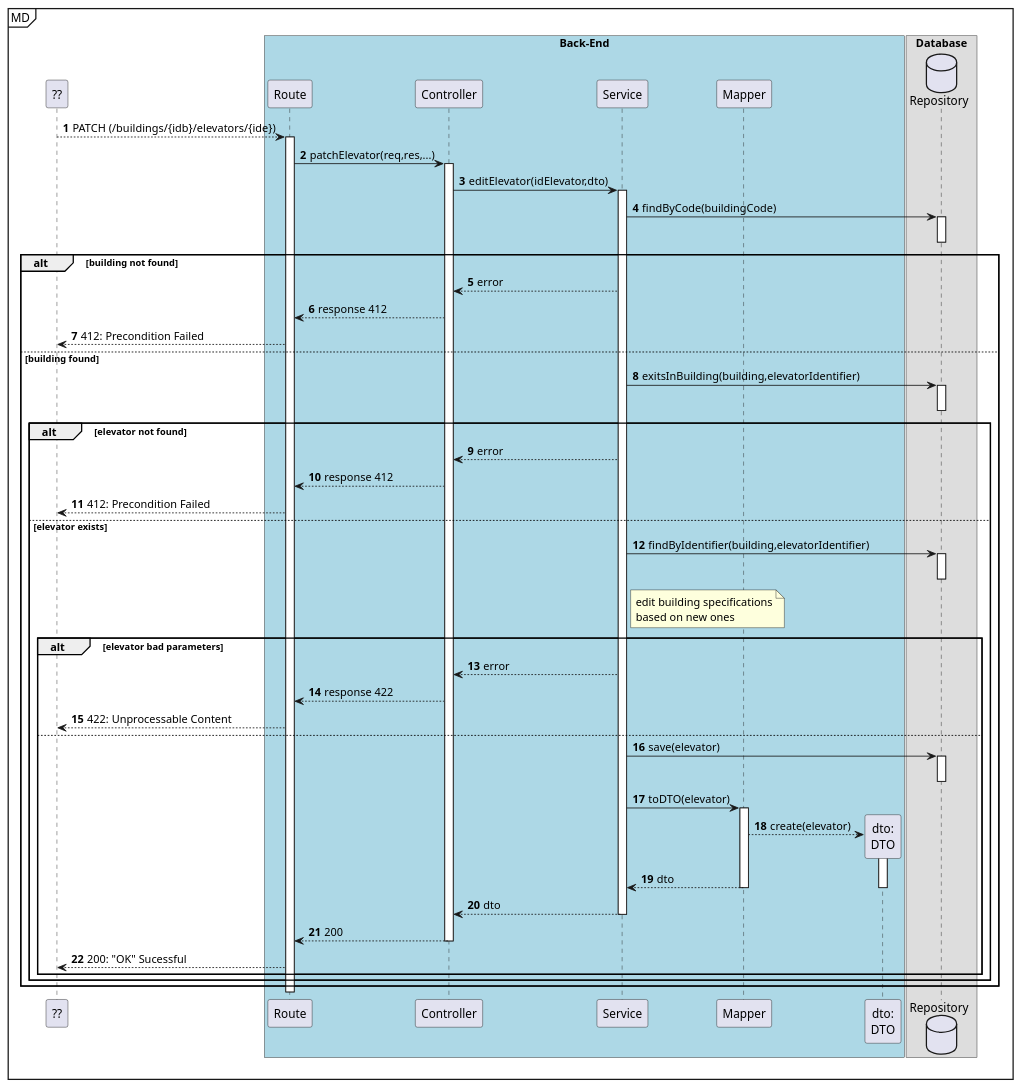
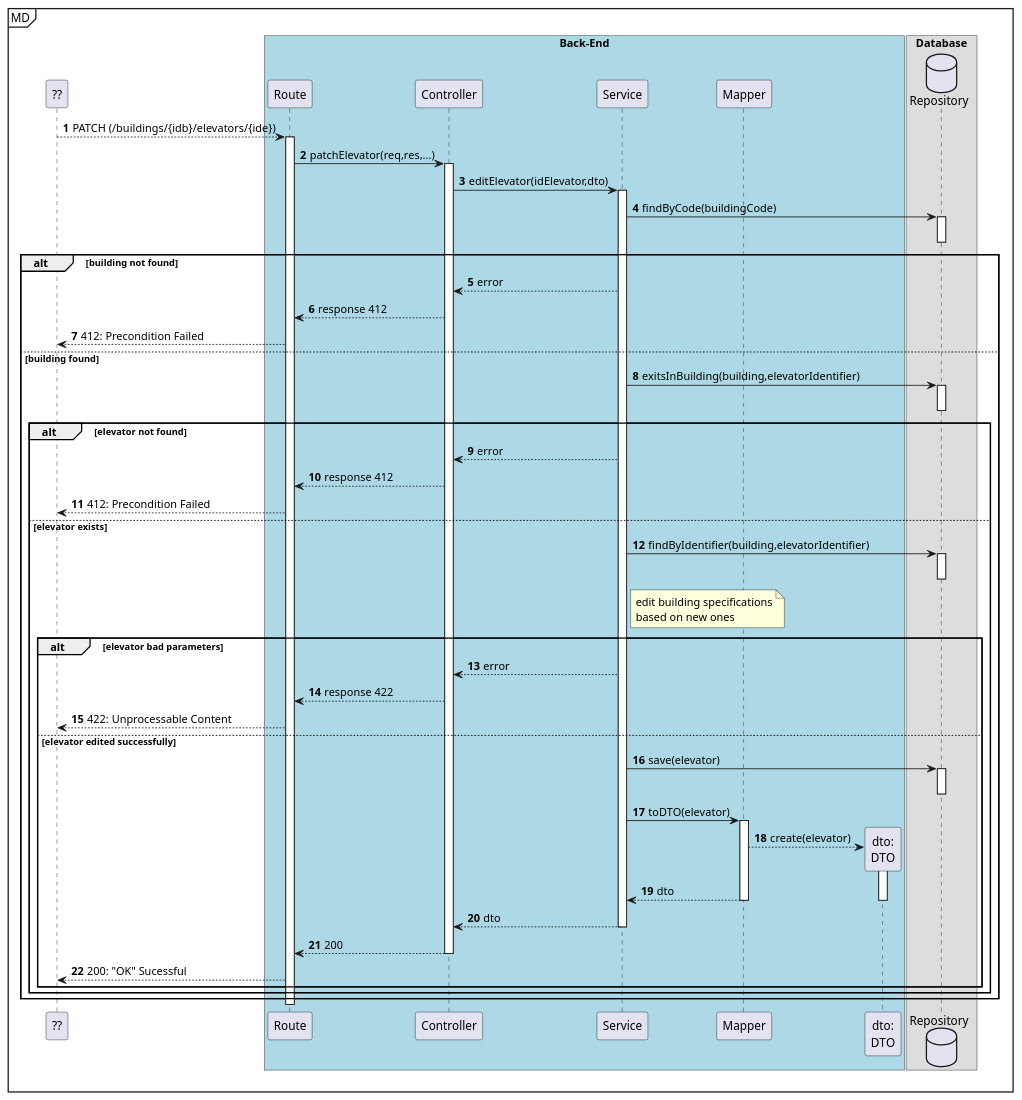
Before and after one commit to Departamento-de-Engenharia-Informatica/lapr5-23-24-g19: the diagram in docs/us280/level3/process-view-patch.puml, drawn with PlantUML. The commit also changed 16 other files, not shown here.

```diff
--- a/docs/us280/level3/process-view-patch.puml
+++ b/docs/us280/level3/process-view-patch.puml
@@ -1,98 +1,98 @@
 @startuml
 autonumber
 
 participant "??" as ui
 
 mainframe MD
 box "Back-End" #LightBlue
 participant "Route" as r
 participant "Controller" as ctrl
 participant "Service" as svc
 
 
 participant "Mapper" as map
 participant "dto:\nDTO" as dto
 end box
 
 box "Database"
 database "Repository" as repo
 'participant "elevator:\nElevator" as e
 end box
 
 ui --> r: PATCH (/buildings/{idb}/elevators/{ide})
     activate r
             r -> ctrl : patchElevator(req,res,...)
                 activate ctrl
                     ctrl -> svc : editElevator(idElevator,dto)
                     activate svc
                         svc -> repo : findByCode(buildingCode)
                         activate repo
                             'repo --> e **: create()
                         deactivate repo
 
                         alt building not found
                             svc --> ctrl : error
                             ctrl --> r : response 412
                             ui <--r : 412: Precondition Failed
 
 
 
                         else building found
 
                             svc -> repo : exitsInBuilding(building,elevatorIdentifier)
                             activate repo
                             deactivate repo
 
                             alt elevator not found
                                 svc --> ctrl : error
                                 ctrl --> r : response 412
                                 ui <--r : 412: Precondition Failed
                             else elevator exists
 
                                 svc -> repo: findByIdentifier(building,elevatorIdentifier)
                                 activate repo
                                 deactivate repo
 
                                 note right of svc
                                     edit building specifications
                                     based on new ones
                                 end note
 
 
                             alt elevator bad parameters
                                 svc --> ctrl : error
                                 ctrl --> r : response 422
                                 ui <--r : 422: Unprocessable Content
-                            else
+                            else elevator edited successfully
                                svc -> repo : save(elevator)
                                activate repo
                                deactivate repo
 
 
 
 
                             svc -> map : toDTO(elevator)
                             activate map
                                 map --> dto **: create(elevator)
                                 activate dto
 
                                 map --> svc : dto
                                 deactivate dto
                             deactivate map
 
                             svc --> ctrl : dto
                         deactivate svc
 
                         ctrl --> r : 200
                     deactivate ctrl
 
 
 
 
             ui <--r: 200: "OK" Sucessful
                 end
             end
          end
     deactivate r
 
 @enduml
```
